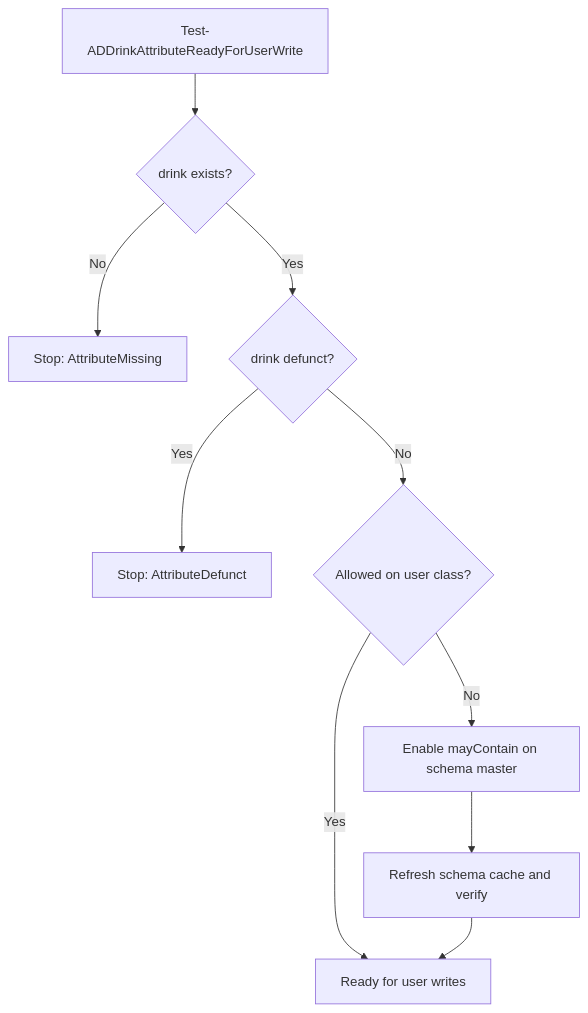
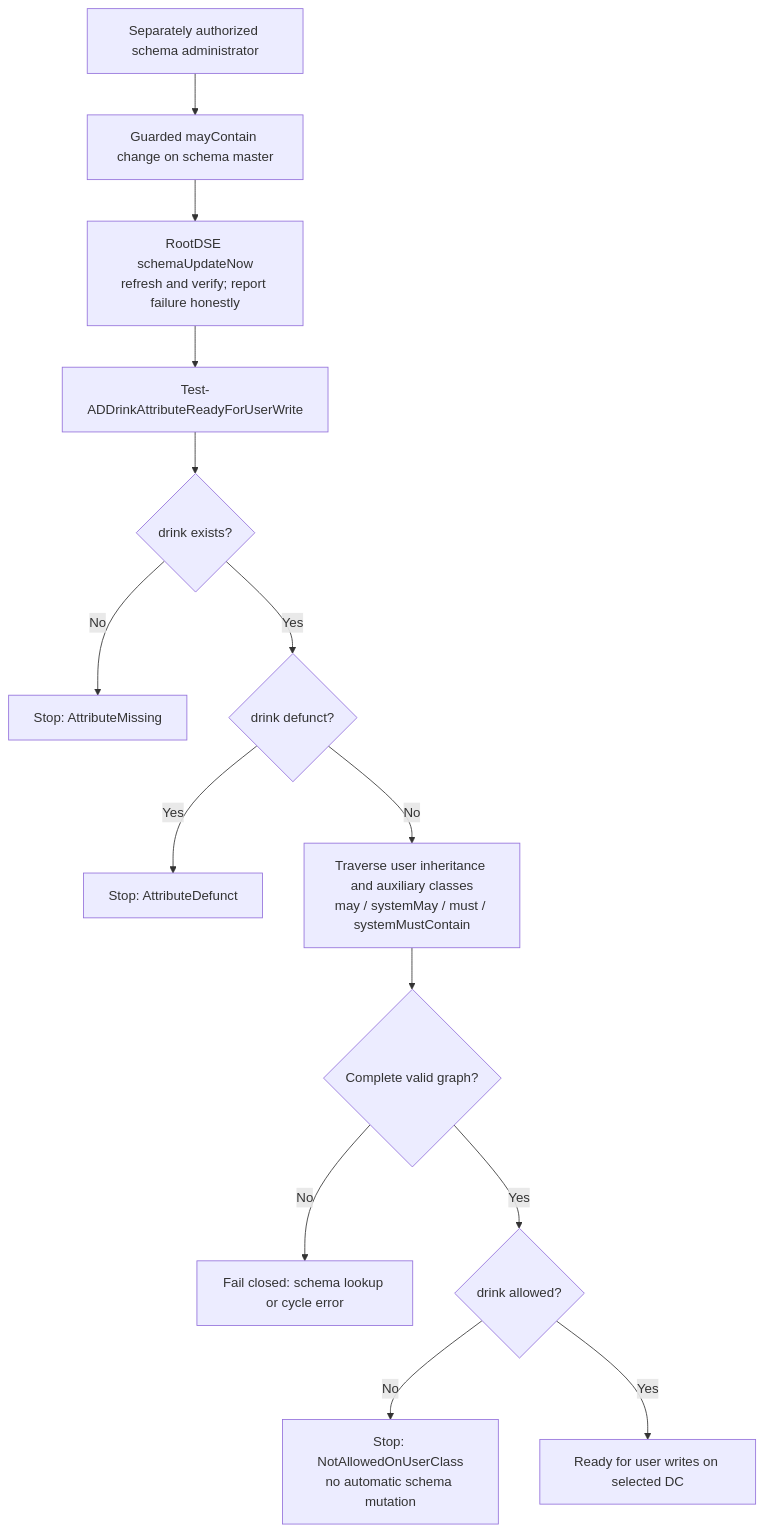
Before and after one commit to jonathanweinberg/DrunkenAD: the diagram in docs/diagrams/schema-readiness-flow.mmd, drawn with Mermaid. The commit also changed 17 other files, not shown here.

First line of the commit message:
docs: adjudicate October review and refresh write-flow visuals

```diff
--- a/docs/diagrams/schema-readiness-flow.mmd
+++ b/docs/diagrams/schema-readiness-flow.mmd
@@ -1,10 +1,14 @@
 flowchart TD
     CHECK["Test-ADDrinkAttributeReadyForUserWrite"] --> EXISTS{"drink exists?"}
     EXISTS -->|No| MISSING["Stop: AttributeMissing"]
     EXISTS -->|Yes| DEFUNCT{"drink defunct?"}
     DEFUNCT -->|Yes| BLOCKDEF["Stop: AttributeDefunct"]
-    DEFUNCT -->|No| USERCLASS{"Allowed on user class?"}
-    USERCLASS -->|No| ENABLE["Enable mayContain on schema master"]
-    ENABLE --> REFRESH["Refresh schema cache and verify"]
-    USERCLASS -->|Yes| READY["Ready for user writes"]
-    REFRESH --> READY
+    DEFUNCT -->|No| GRAPH["Traverse user inheritance and auxiliary classes<br/>may / systemMay / must / systemMustContain"]
+    GRAPH --> VALID{"Complete valid graph?"}
+    VALID -->|No| BLOCKGRAPH["Fail closed: schema lookup or cycle error"]
+    VALID -->|Yes| USERCLASS{"drink allowed?"}
+    USERCLASS -->|No| BLOCKUSER["Stop: NotAllowedOnUserClass<br/>no automatic schema mutation"]
+    USERCLASS -->|Yes| READY["Ready for user writes on selected DC"]
+    ADMIN["Separately authorized schema administrator"] --> ENABLE["Guarded mayContain change on schema master"]
+    ENABLE --> REFRESH["RootDSE schemaUpdateNow<br/>refresh and verify; report failure honestly"]
+    REFRESH --> CHECK
```
